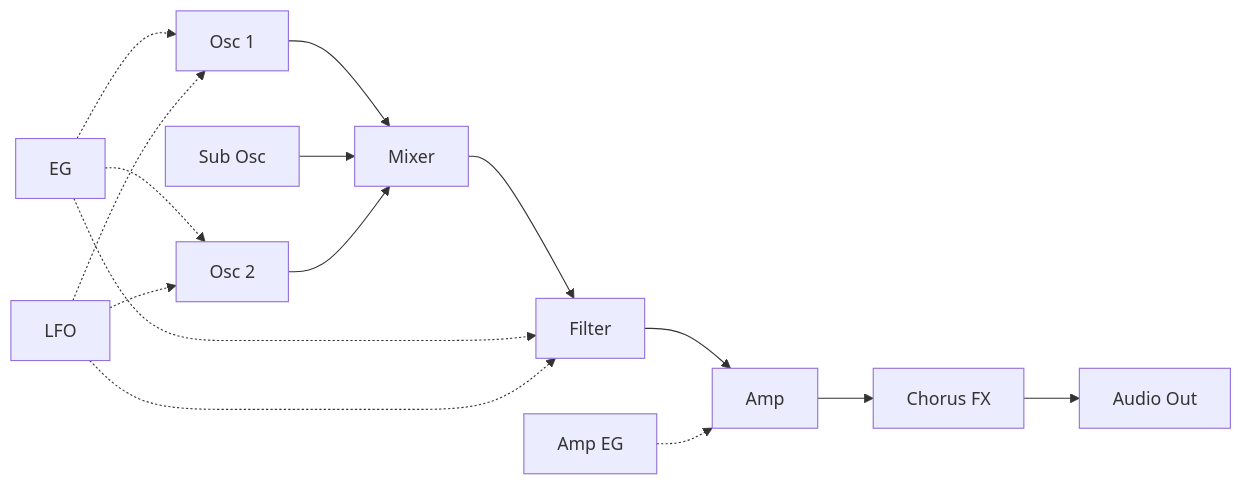
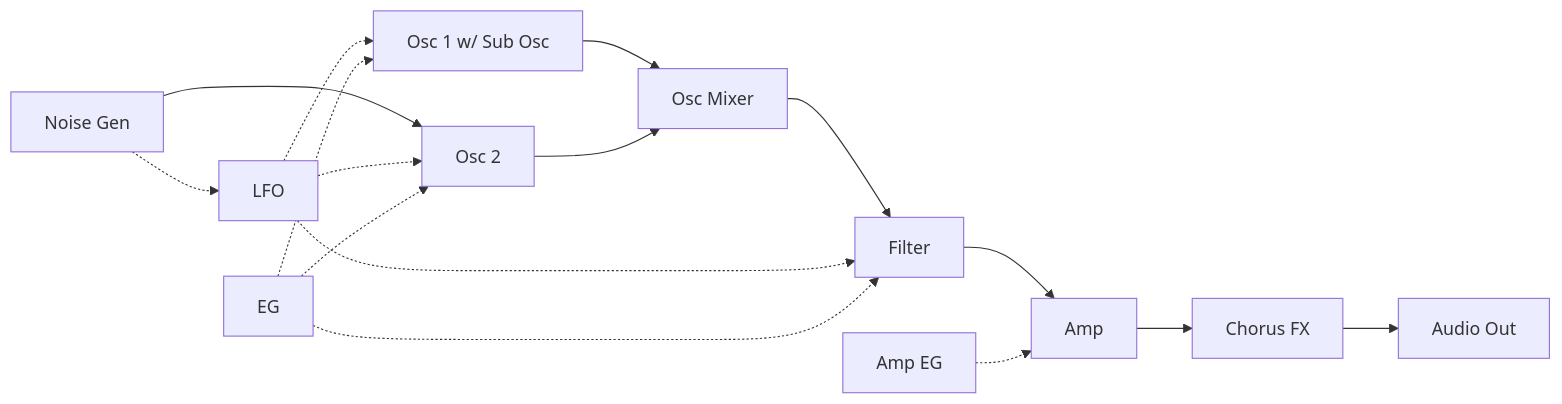
The first of 2 diagrams in README.md (risgk/digital-synth-pra32-u), drawn with Mermaid before and after one commit. The commit also changed other lines of this file, not shown here.

````diff
--- a/README.md
+++ b/README.md
@@ -95,13 +95,11 @@
 ```mermaid
 graph LR
-    O1[Osc 1]   --> M[Mixer] --> F[Filter] --> A[Amp] --> C[Chorus FX] --> AO[Audio Out]
-    SO[Sub Osc] --> M
-    O2[Osc 2]   --> M
-    E[EG]      -.-> O1
-    E          -.-> O2
-    E          -.-> F
-    L[LFO]     -.-> O1
-    L          -.-> O2
-    L          -.-> F
+    O1[Osc 1 w/ Sub Osc] --> OM[Osc Mixer]
+    O2[Osc 2] --> OM
+    OM --> F[Filter] --> A[Amp] --> C[Chorus FX] --> AO[Audio Out]
+    N[Noise Gen] --> O2
+    N -.-> L[LFO]
+    L -.-> O1 & O2 & F
+    E[EG] -.-> O1 & O2 & F
     AE[Amp EG] -.-> A
 ```
````
